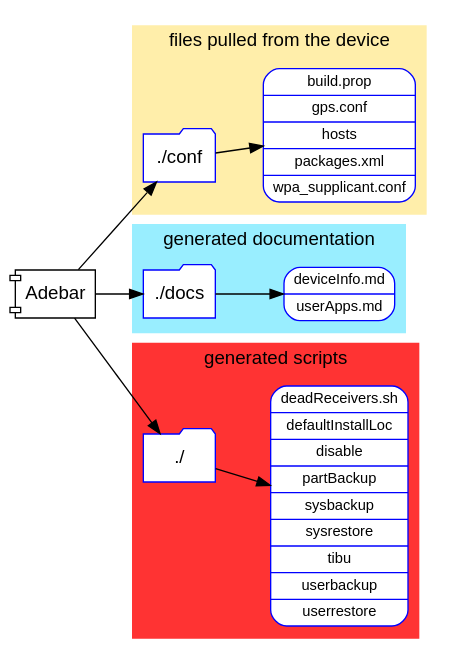
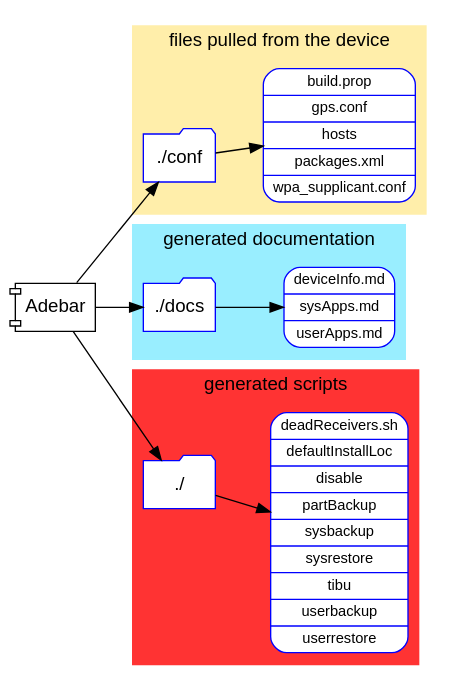
One commit to IzzySoft/Adebar changed the diagram in doc/AdebarFiles.gv. Above: the diagram before and after it, drawn with Graphviz. The commit also changed 3 other files, not shown here.

First line of the commit message:
New: sysApps.md generation

```diff
--- a/doc/AdebarFiles.gv
+++ b/doc/AdebarFiles.gv
@@ -1,49 +1,49 @@
 digraph AdebarFiles {
 /* Files generated by Adebar. Graphviz data file. */
 
   fontname = Arial;
   node [ fontname = Arial ];
   rankdir = LR;
 
   subgraph cluster_conf {
     rankdir = LR;
     style = filled;
     color = "#ffeeaa";
     node [ style=filled, color=blue, fillcolor=white ];
     label = "files pulled from the device";
 
     conf [ shape = folder, label = "./conf" ];
     conffiles [ shape = Mrecord, fontsize = 11, label = "build.prop|gps.conf|hosts|packages.xml|wpa_supplicant.conf" ];
     conf -> conffiles;
   }
 
   subgraph cluster_doc {
     rankdir = LR;
     style = filled;
     color = "#99eeff";
     node [ style=filled, color=blue, fillcolor=white ];
     label = "generated documentation"
 
     docs [ shape = folder, label = "./docs" ];
-    docfiles [ shape = Mrecord, fontsize = 11, label = "deviceInfo.md|userApps.md" ];
+    docfiles [ shape = Mrecord, fontsize = 11, label = "deviceInfo.md|sysApps.md|userApps.md" ];
     docs -> docfiles;
   }
 
   subgraph cluster_scripts {
     rankdir = LR;
     style = filled;
     color = "#ff3333";
     node [ style=filled, color=blue, fillcolor=white ];
     label = "generated scripts";
 
     scripts [ shape = folder, label = "./" ];
     scriptfiles [ shape= Mrecord, fontsize = 11, label = "deadReceivers.sh|defaultInstallLoc|disable|partBackup|sysbackup|sysrestore|tibu|userbackup|userrestore" ];
     scripts -> scriptfiles;
   }
 
   Adebar [ shape = component ];
   Adebar -> conf;
   Adebar -> docs;
   Adebar -> scripts;
 
 }
```
